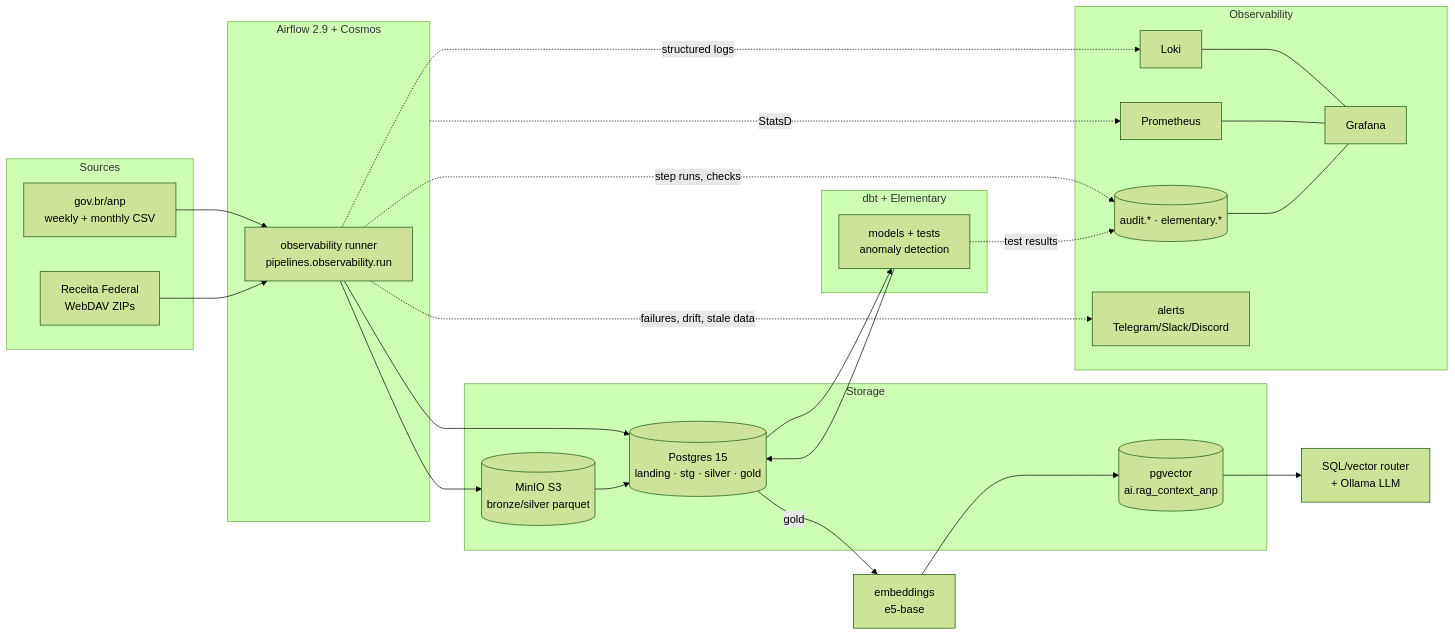
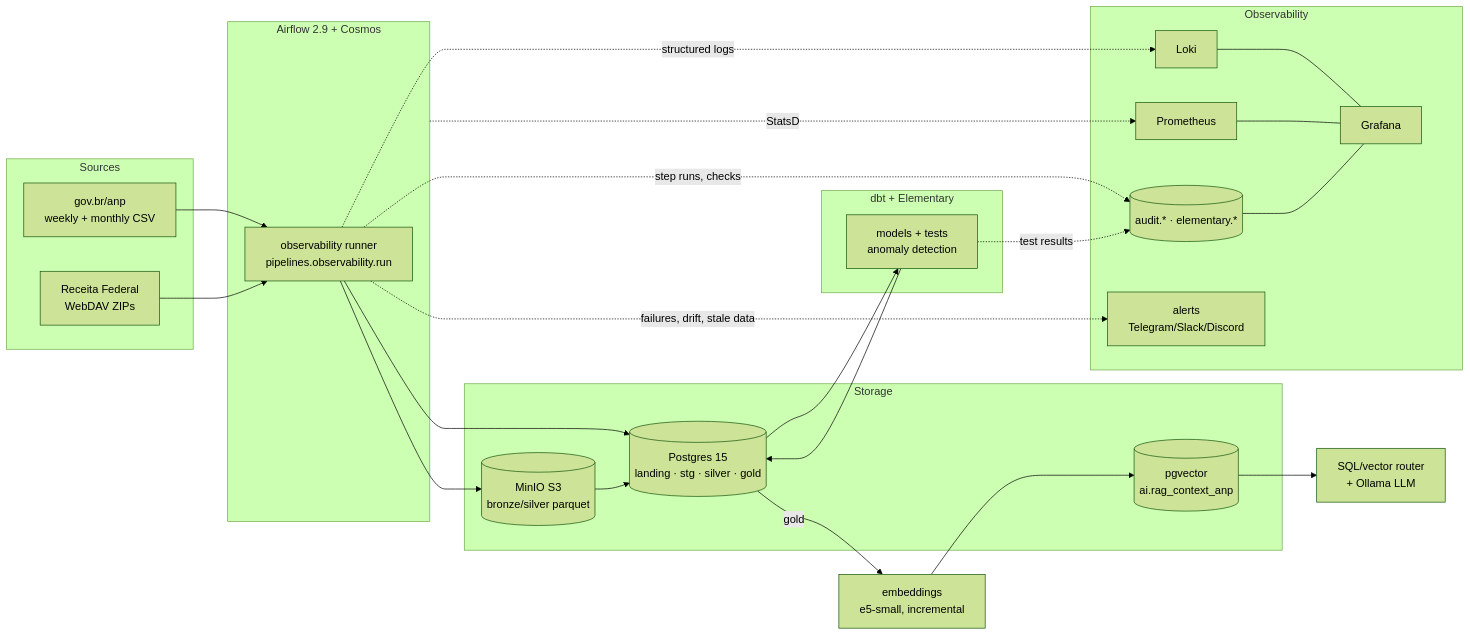
One commit to engrodrigoa/datalabs changed the diagram in README.md. Above: the diagram before and after it, drawn with Mermaid (forest theme). The commit also changed other lines of this file and 10 other files, not shown here.

First line of the commit message:
feat(rag): embeddings incrementais por chunk_id + modelo e5-small

````diff
--- a/README.md
+++ b/README.md
@@ -37,39 +37,39 @@
 ```mermaid
 flowchart LR
   subgraph Sources
     ANP[gov.br/anp<br/>weekly + monthly CSV]
     RFB[Receita Federal<br/>WebDAV ZIPs]
   end
 
   subgraph Orchestration[Airflow 2.9 + Cosmos]
     RUN[observability runner<br/>pipelines.observability.run]
   end
 
   subgraph Storage
     MINIO[(MinIO S3<br/>bronze/silver parquet)]
     PG[(Postgres 15<br/>landing · stg · silver · gold)]
     VEC[(pgvector<br/>ai.rag_context_anp)]
   end
 
   subgraph Transform[dbt + Elementary]
     DBT[models + tests<br/>anomaly detection]
   end
 
   ANP --> RUN --> PG
   RFB --> RUN --> MINIO --> PG
   PG --> DBT --> PG
-  PG -- gold --> EMB[embeddings<br/>e5-base] --> VEC --> RAG[SQL/vector router<br/>+ Ollama LLM]
+  PG -- gold --> EMB[embeddings<br/>e5-small, incremental] --> VEC --> RAG[SQL/vector router<br/>+ Ollama LLM]
 
   subgraph Observability
     LOKI[Loki] --- GRAF[Grafana]
     PROM[Prometheus] --- GRAF
     AUD[(audit.* · elementary.*)] --- GRAF
     ALERT[alerts<br/>Telegram/Slack/Discord]
   end
 
   RUN -. structured logs .-> LOKI
   Orchestration -. StatsD .-> PROM
   RUN -. step runs, checks .-> AUD
   DBT -. test results .-> AUD
   RUN -. failures, drift, stale data .-> ALERT
 ```
````
